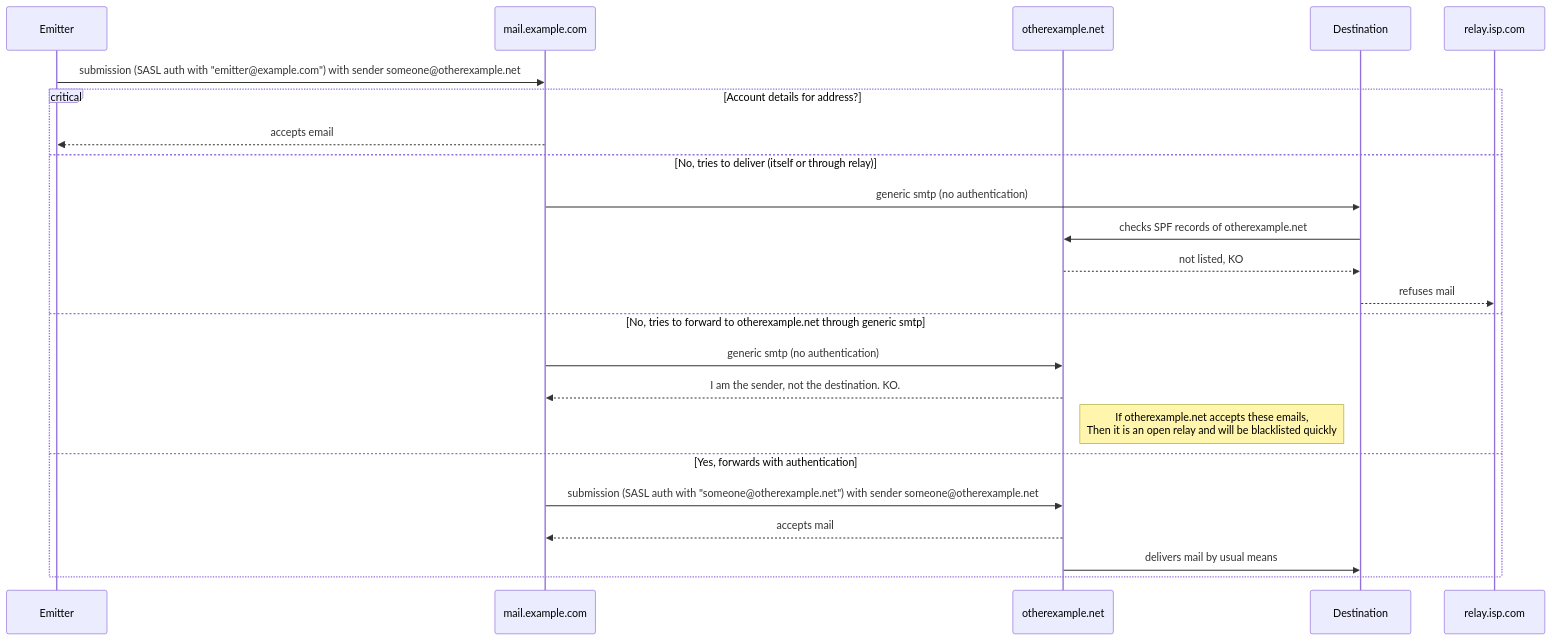
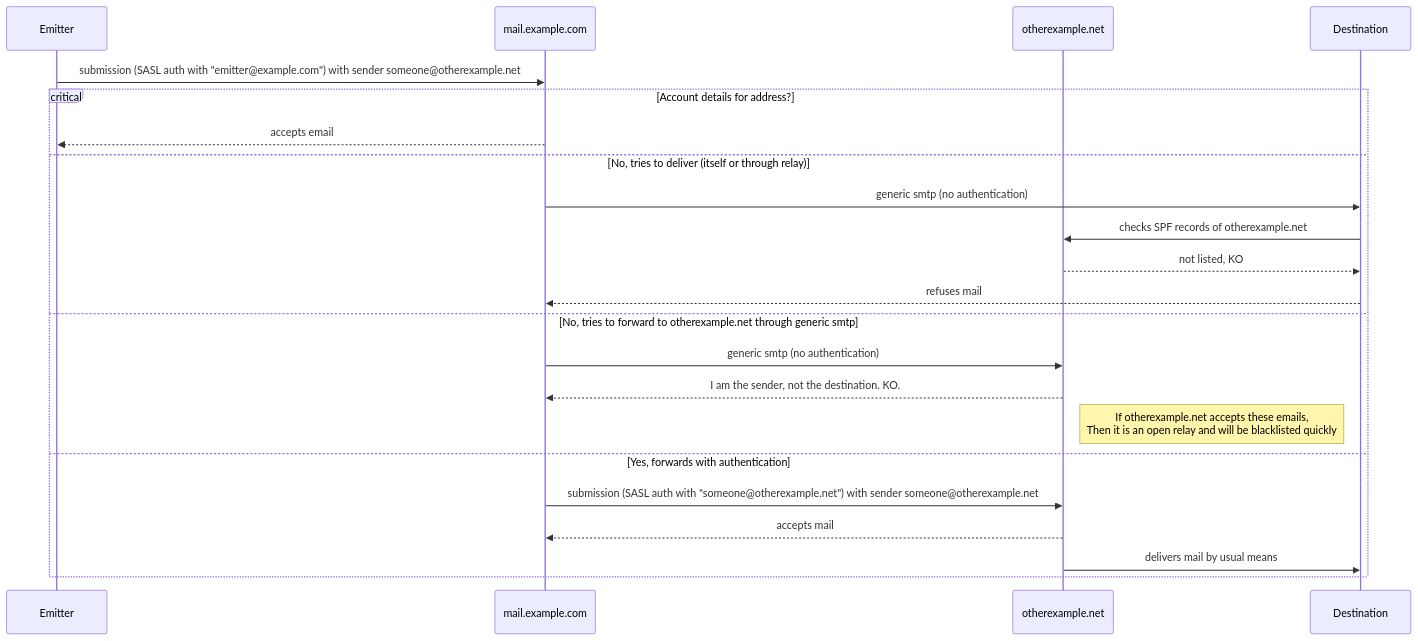
Before and after one commit to jcdubacq/jcdubacq.github.io: the third of 3 diagrams in docs/postfix-graphics.md, drawn with Mermaid.

````diff
--- a/docs/postfix-graphics.md
+++ b/docs/postfix-graphics.md
@@ -43,24 +43,24 @@
 ```mermaid
 sequenceDiagram
     participant Emitter
     participant mail.example.com
     participant otherexample.net
     participant Destination
     Emitter->>mail.example.com: submission (SASL auth with "emitter@example.com") with sender someone@otherexample.net
     critical Account details for address?
     mail.example.com-->>Emitter: accepts email
     option No, tries to deliver (itself or through relay)
     mail.example.com->>Destination: generic smtp (no authentication)
     Destination->>otherexample.net: checks SPF records of otherexample.net
     otherexample.net-->>Destination: not listed, KO
-    Destination-->>relay.isp.com: refuses mail
+    Destination-->>mail.example.com: refuses mail
     option No, tries to forward to otherexample.net through generic smtp
     mail.example.com->>otherexample.net: generic smtp (no authentication)
     otherexample.net-->>mail.example.com: I am the sender, not the destination. KO.
     Note right of otherexample.net: If otherexample.net accepts these emails,<br/>Then it is an open relay and will be blacklisted quickly
     option Yes, forwards with authentication
     mail.example.com->>otherexample.net: submission (SASL auth with "someone@otherexample.net") with sender someone@otherexample.net
     otherexample.net-->>mail.example.com: accepts mail
     otherexample.net->>Destination: delivers mail by usual means
     end
 ```
````
